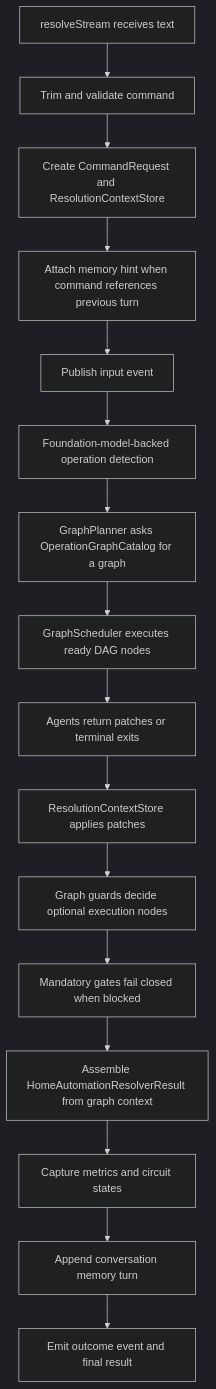
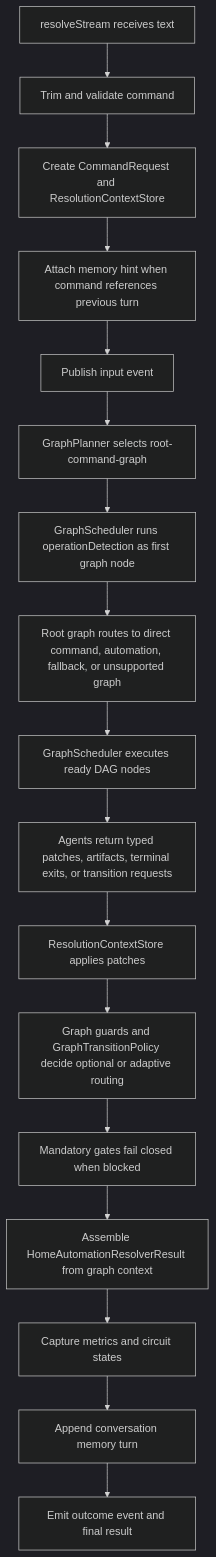
Before and after one commit to ksypinro/HomeAutomation: the second of 3 diagrams in HomeAutomationCore/Sources/HomeAutomationOrchestrator/README.md, drawn with Mermaid (dark theme). The commit also changed other lines of this file and 18 other files, not shown here.

````diff
--- a/HomeAutomationCore/Sources/HomeAutomationOrchestrator/README.md
+++ b/HomeAutomationCore/Sources/HomeAutomationOrchestrator/README.md
@@ -49,18 +49,19 @@
 ```mermaid
 flowchart TD
     A["resolveStream receives text"] --> B["Trim and validate command"]
     B --> C["Create CommandRequest and ResolutionContextStore"]
     C --> D["Attach memory hint when command references previous turn"]
     D --> E["Publish input event"]
-    E --> F["Foundation-model-backed operation detection"]
-    F --> G["GraphPlanner asks OperationGraphCatalog for a graph"]
-    G --> H["GraphScheduler executes ready DAG nodes"]
-    H --> I["Agents return patches or terminal exits"]
-    I --> J["ResolutionContextStore applies patches"]
-    J --> K["Graph guards decide optional execution nodes"]
-    K --> L["Mandatory gates fail closed when blocked"]
-    L --> M["Assemble HomeAutomationResolverResult from graph context"]
-    M --> N["Capture metrics and circuit states"]
-    N --> O["Append conversation memory turn"]
-    O --> P["Emit outcome event and final result"]
+    E --> F["GraphPlanner selects root-command-graph"]
+    F --> G["GraphScheduler runs operationDetection as first graph node"]
+    G --> H["Root graph routes to direct command, automation, fallback, or unsupported graph"]
+    H --> I["GraphScheduler executes ready DAG nodes"]
+    I --> J["Agents return typed patches, artifacts, terminal exits, or transition requests"]
+    J --> K["ResolutionContextStore applies patches"]
+    K --> L["Graph guards and GraphTransitionPolicy decide optional or adaptive routing"]
+    L --> M["Mandatory gates fail closed when blocked"]
+    M --> N["Assemble HomeAutomationResolverResult from graph context"]
+    N --> O["Capture metrics and circuit states"]
+    O --> P["Append conversation memory turn"]
+    P --> Q["Emit outcome event and final result"]
 ```
````
